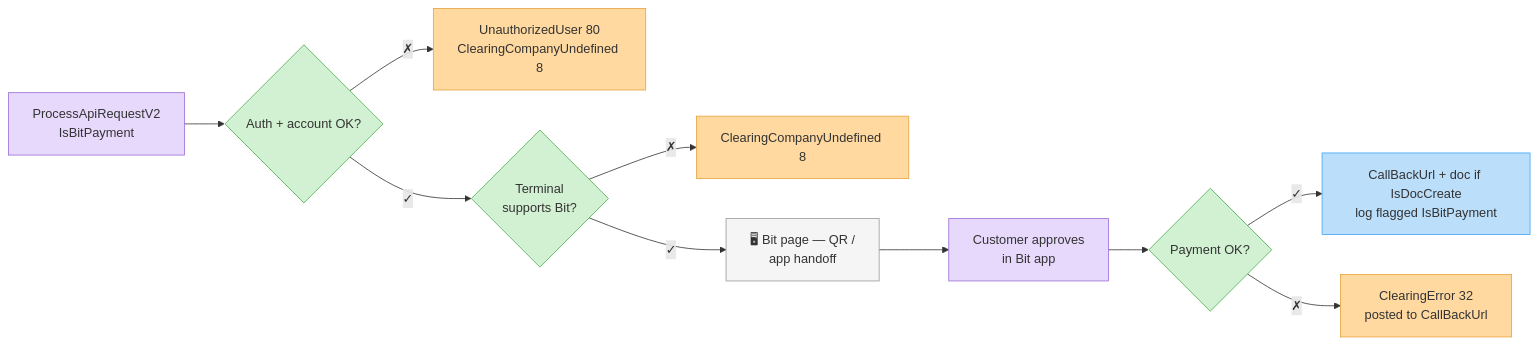
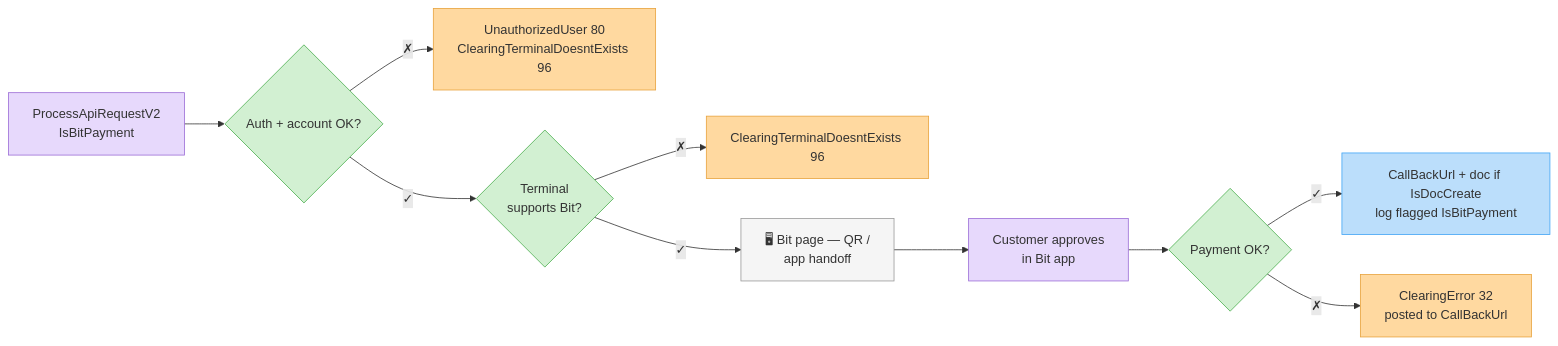
One commit to invoice4udev-hue/i4u-docs changed the first of 2 diagrams in clearing/alternative-payment-methods.md. Above: the diagram before and after it, drawn with Mermaid. The commit also changed other lines of this file and 11 other files, not shown here.

````diff
--- a/clearing/alternative-payment-methods.md
+++ b/clearing/alternative-payment-methods.md
@@ -45,18 +45,18 @@
 ```mermaid
 flowchart LR
     classDef step fill:#E7D9FC,stroke:#9B6DD6,color:#333
     classDef dec fill:#D2F0D2,stroke:#4CAF50,color:#333
     classDef err fill:#FFD9A0,stroke:#E8A33D,color:#333
     classDef cb fill:#BBDEFB,stroke:#42A5F5,color:#333
     classDef page fill:#F5F5F5,stroke:#999,color:#333
 
     A[ProcessApiRequestV2<br/>IsBitPayment]:::step --> B{Auth + account OK?}:::dec
-    B -- ✗ --> E1[UnauthorizedUser 80<br/>ClearingCompanyUndefined 8]:::err
+    B -- ✗ --> E1[UnauthorizedUser 80<br/>ClearingTerminalDoesntExists 96]:::err
     B -- ✓ --> C{Terminal<br/>supports Bit?}:::dec
-    C -- ✗ --> E2[ClearingCompanyUndefined 8]:::err
+    C -- ✗ --> E2[ClearingTerminalDoesntExists 96]:::err
     C -- ✓ --> D[🖥 Bit page — QR /<br/>app handoff]:::page
     D --> F[Customer approves<br/>in Bit app]:::step
     F --> G{Payment OK?}:::dec
     G -- ✓ --> H[CallBackUrl + doc if IsDocCreate<br/>log flagged IsBitPayment]:::cb
     G -- ✗ --> I[ClearingError 32<br/>posted to CallBackUrl]:::err
 ```
````
